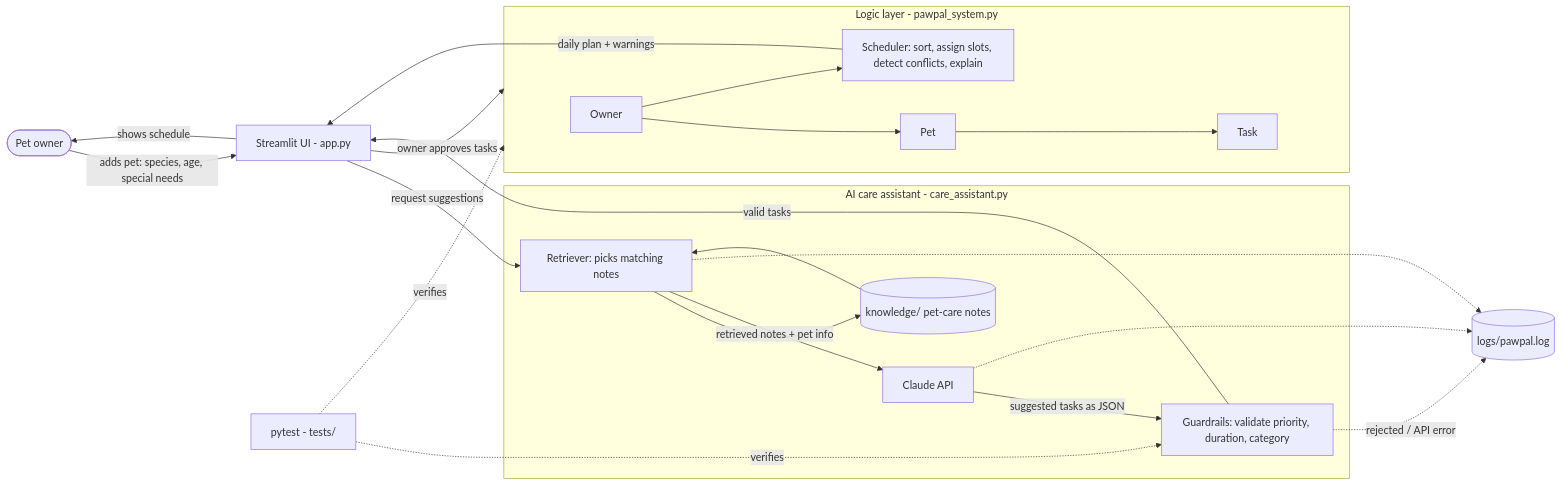
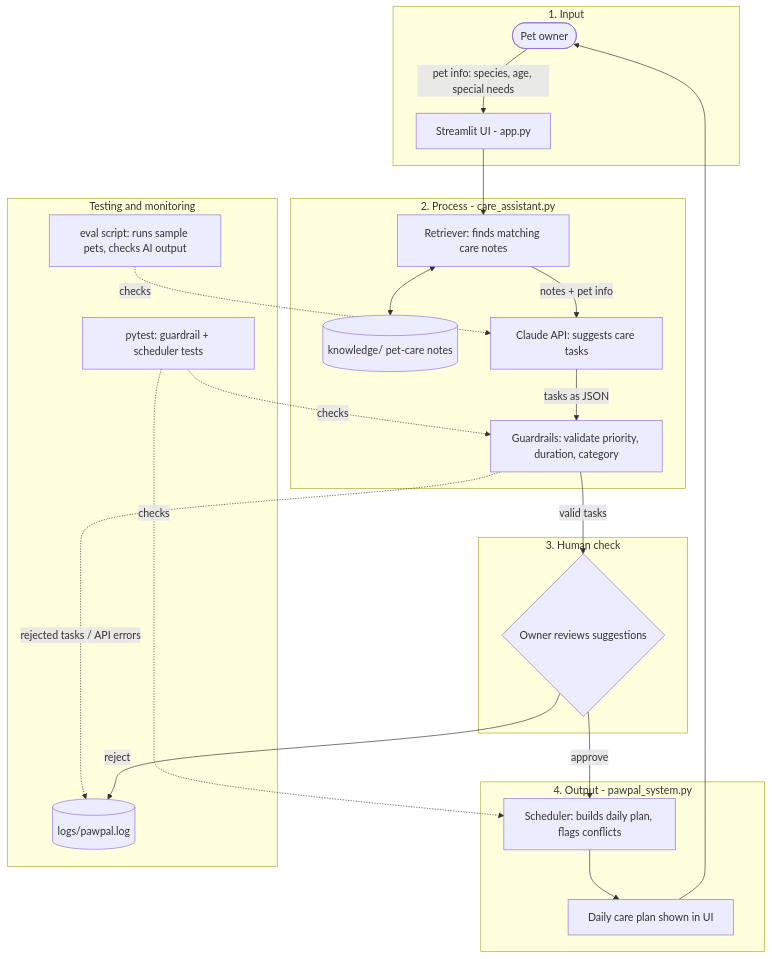
Before and after one commit to gouriddhi/codepath-applied-ai-system-project: the diagram in diagrams/architecture.mmd, drawn with Mermaid.

Commit message:
Update architecture diagram with RAG, human review, and testing

```diff
--- a/diagrams/architecture.mmd
+++ b/diagrams/architecture.mmd
@@ -1,26 +1,43 @@
-flowchart LR
-    U([Pet owner]) -->|adds pet: species, age, special needs| UI[Streamlit UI - app.py]
+flowchart TD
+    %% PawPal+ with RAG care assistant
 
-    subgraph RAG [AI care assistant - care_assistant.py]
-        R[Retriever: picks matching notes] --> KB[(knowledge/ pet-care notes)]
-        KB --> R
-        R -->|retrieved notes + pet info| LLM[Claude API]
-        LLM -->|suggested tasks as JSON| G[Guardrails: validate priority, duration, category]
+    subgraph INPUT [1. Input]
+        U([Pet owner]) -->|"pet info: species, age, special needs"| UI["Streamlit UI - app.py"]
     end
 
-    UI -->|request suggestions| R
-    G -->|valid tasks| UI
-    G -.->|rejected / API error| LOG[(logs/pawpal.log)]
-    R -.-> LOG
-    LLM -.-> LOG
-
-    UI -->|owner approves tasks| CORE
-    subgraph CORE [Logic layer - pawpal_system.py]
-        O[Owner] --> P[Pet] --> T[Task]
-        O --> S[Scheduler: sort, assign slots, detect conflicts, explain]
+    subgraph PROCESS [2. Process - care_assistant.py]
+        R["Retriever: finds matching care notes"]
+        KB[("knowledge/ pet-care notes")]
+        LLM["Claude API: suggests care tasks"]
+        G["Guardrails: validate priority, duration, category"]
+        R <--> KB
+        R -->|"notes + pet info"| LLM
+        LLM -->|"tasks as JSON"| G
     end
 
-    S -->|daily plan + warnings| UI
-    UI -->|shows schedule| U
-    TESTS[pytest - tests/] -.->|verifies| CORE
-    TESTS -.->|verifies| G
+    subgraph HUMAN [3. Human check]
+        H{"Owner reviews suggestions"}
+    end
+
+    subgraph OUTPUT [4. Output - pawpal_system.py]
+        S["Scheduler: builds daily plan, flags conflicts"]
+        PLAN["Daily care plan shown in UI"]
+        S --> PLAN
+    end
+
+    subgraph TESTING [Testing and monitoring]
+        T1["pytest: guardrail + scheduler tests"]
+        T2["eval script: runs sample pets, checks AI output"]
+        LOG[("logs/pawpal.log")]
+    end
+
+    UI --> R
+    G -->|"valid tasks"| H
+    G -.->|"rejected tasks / API errors"| LOG
+    H -->|"approve"| S
+    H -->|"reject"| LOG
+    PLAN --> U
+
+    T1 -.->|checks| G
+    T1 -.->|checks| S
+    T2 -.->|checks| LLM
```
